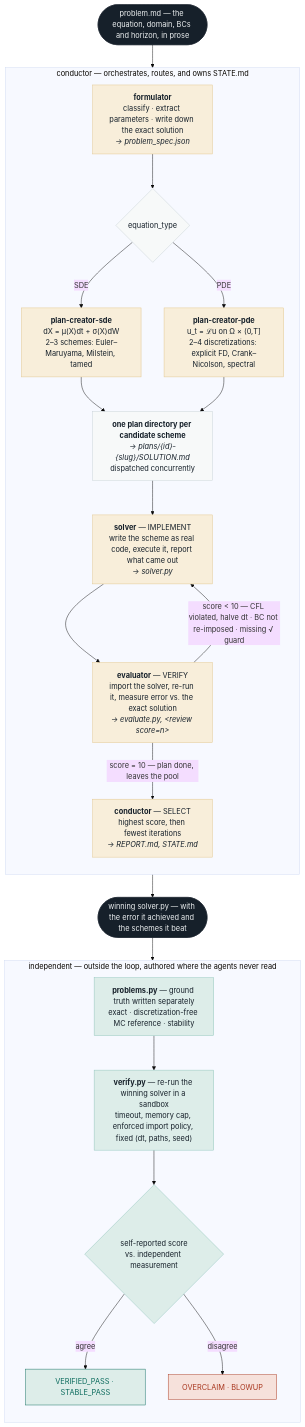
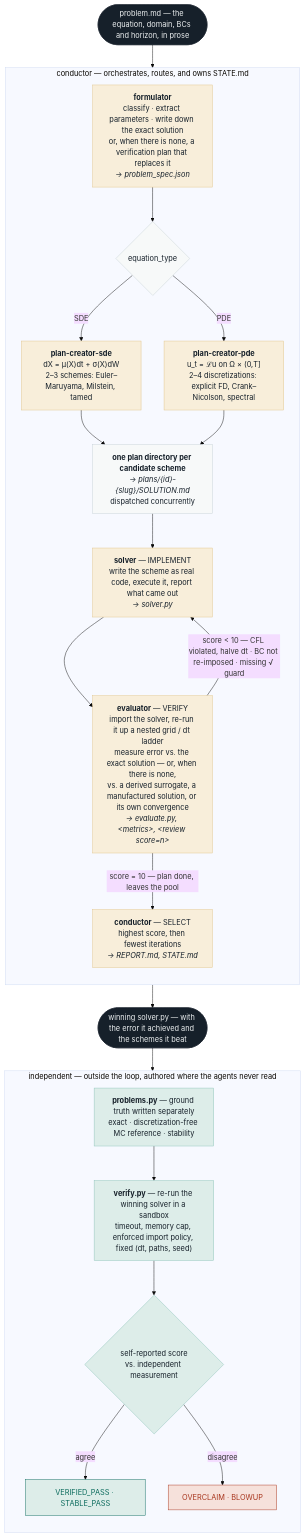
Before and after one commit to SahilMulki/Autonumerics: the diagram in docs/architecture.md, drawn with Mermaid (base theme). The commit also changed other lines of this file and 16 other files, not shown here.

Commit message:
Add objective verification for problems with no closed-form solution

````diff
--- a/docs/architecture.md
+++ b/docs/architecture.md
@@ -10,62 +10,62 @@
 ```mermaid
 flowchart TD
     IN(["problem.md — the equation, domain, BCs and horizon, in prose"])
 
     IN --> F
 
     subgraph LOOP ["conductor — orchestrates, routes, and owns STATE.md"]
         direction TB
 
-        F["<b>formulator</b><br/>classify · extract parameters · write down the exact solution<br/><i>→ problem_spec.json</i>"]
+        F["<b>formulator</b><br/>classify · extract parameters · write down the exact solution<br/>or, when there is none, a verification plan that replaces it<br/><i>→ problem_spec.json</i>"]
 
         F --> BRANCH{"equation_type"}
 
         BRANCH -->|SDE| PCS["<b>plan-creator-sde</b><br/>dX = μ(X)dt + σ(X)dW<br/>2–3 schemes: Euler–Maruyama, Milstein, tamed"]
         BRANCH -->|PDE| PCP["<b>plan-creator-pde</b><br/>u_t = ℒu on Ω × (0,T]<br/>2–4 discretizations: explicit FD, Crank–Nicolson, spectral"]
 
         PCS --> PLANS
         PCP --> PLANS
 
         PLANS["<b>one plan directory per candidate scheme</b><br/><i>→ plans/{id}-{slug}/SOLUTION.md</i><br/>dispatched concurrently"]
 
         PLANS --> SOLVER
 
         SOLVER["<b>solver</b> — IMPLEMENT<br/>write the scheme as real code, execute it, report what came out<br/><i>→ solver.py</i>"]
 
         SOLVER --> EVAL
 
-        EVAL["<b>evaluator</b> — VERIFY<br/>import the solver, re-run it, measure error vs. the exact solution<br/><i>→ evaluate.py, &lt;review score=n&gt;</i>"]
+        EVAL["<b>evaluator</b> — VERIFY<br/>import the solver, re-run it up a nested grid / dt ladder<br/>measure error vs. the exact solution — or, when there is none,<br/>vs. a derived surrogate, a manufactured solution, or its own convergence<br/><i>→ evaluate.py, &lt;metrics&gt;, &lt;review score=n&gt;</i>"]
 
         EVAL -->|"score &lt; 10 — CFL violated, halve dt · BC not re-imposed · missing √ guard"| SOLVER
         EVAL -->|"score = 10 — plan done, leaves the pool"| PICK
 
         PICK["<b>conductor</b> — SELECT<br/>highest score, then fewest iterations<br/><i>→ REPORT.md, STATE.md</i>"]
     end
 
     PICK --> OUT(["winning solver.py — with the error it achieved and the schemes it beat"])
 
     OUT --> V
 
     subgraph VERIFY ["independent — outside the loop, authored where the agents never read"]
         direction TB
         V["<b>problems.py</b> — ground truth written separately<br/>exact · discretization-free MC reference · stability"]
         V --> VR["<b>verify.py</b> — re-run the winning solver in a sandbox<br/>timeout, memory cap, enforced import policy, fixed (dt, paths, seed)"]
         VR --> VD{"self-reported score<br/>vs. independent measurement"}
         VD -->|agree| OK["VERIFIED_PASS · STABLE_PASS"]
         VD -->|disagree| BAD["OVERCLAIM · BLOWUP"]
     end
 
     classDef terminal fill:#16202A,stroke:#16202A,color:#EEF1F2
     classDef agent fill:#F8EEDA,stroke:#E0C48A,color:#16202A
     classDef plain fill:#F7F9F9,stroke:#C7D1D6,color:#16202A
     classDef check fill:#DDEDE9,stroke:#8FC4BB,color:#16202A
     classDef good fill:#DDEDE9,stroke:#0B6B5D,color:#0B6B5D
     classDef bad fill:#F6E1DB,stroke:#A8371F,color:#A8371F
 
     class IN,OUT terminal
     class F,PCS,PCP,SOLVER,EVAL,PICK agent
     class PLANS,BRANCH plain
     class V,VR,VD check
     class OK good
     class BAD bad
 ```
````
